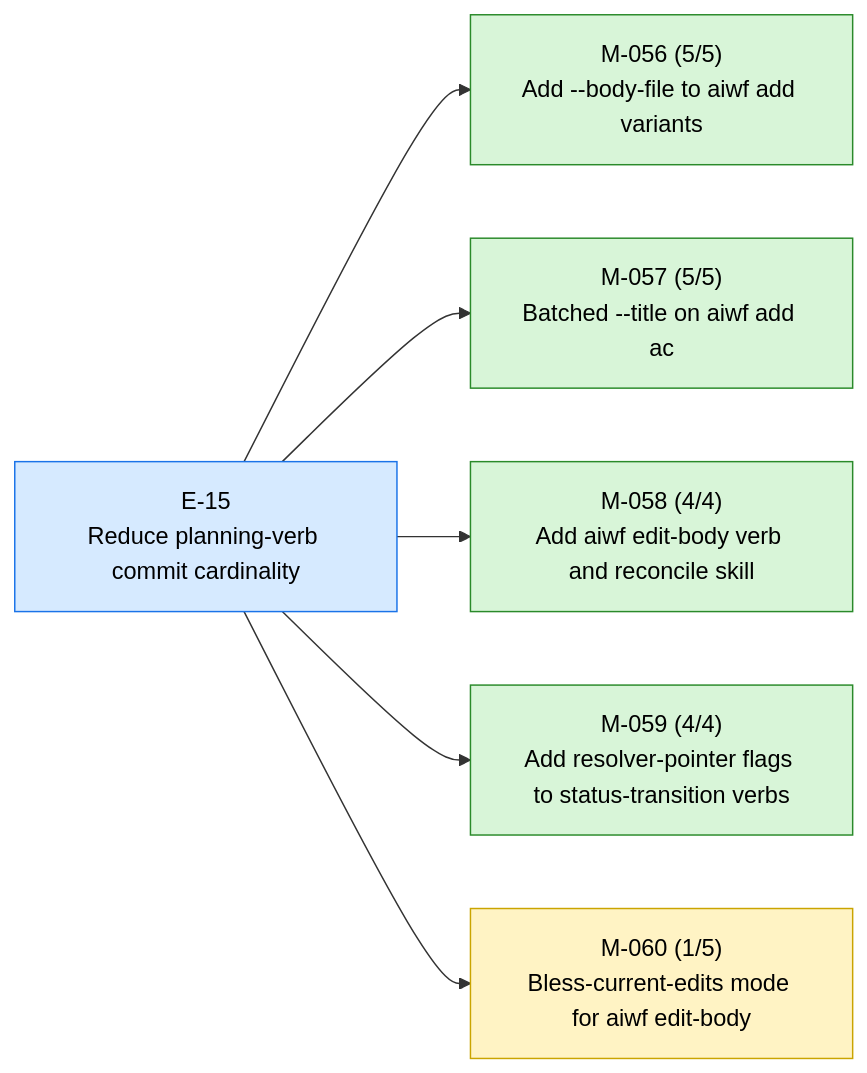
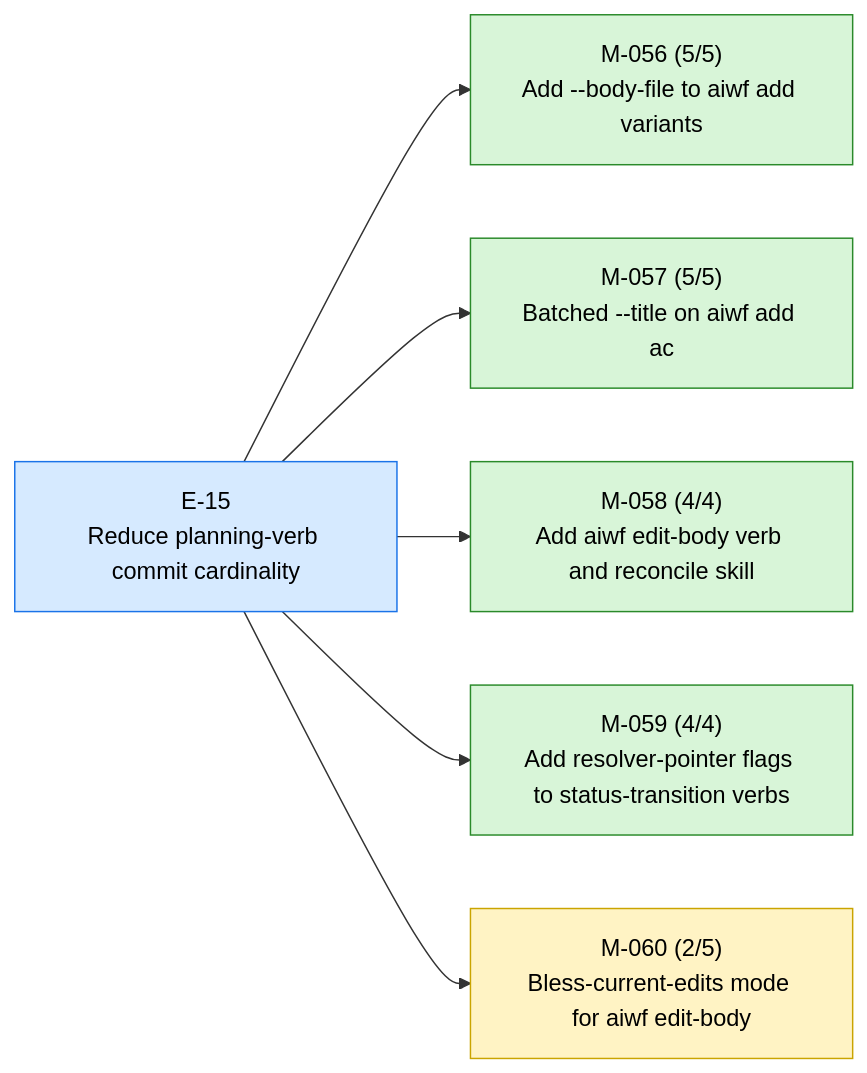
Before and after one commit to 23min/aiwf: the first of 3 diagrams in STATUS.md, drawn with Mermaid. The commit also changed other lines of this file and 1 other file, not shown here.

First line of the commit message:
aiwf promote M-060/AC-2 open -> met

````diff
--- a/STATUS.md
+++ b/STATUS.md
@@ -15,20 +15,20 @@
 ```mermaid
 flowchart LR
   E_15["E-15<br/>Reduce planning-verb commit cardinality"]:::epic_active
   M_056["M-056 (5/5)<br/>Add --body-file to aiwf add variants"]:::ms_done
   E_15 --> M_056
   M_057["M-057 (5/5)<br/>Batched --title on aiwf add ac"]:::ms_done
   E_15 --> M_057
   M_058["M-058 (4/4)<br/>Add aiwf edit-body verb and reconcile skill"]:::ms_done
   E_15 --> M_058
   M_059["M-059 (4/4)<br/>Add resolver-pointer flags to status-transition verbs"]:::ms_done
   E_15 --> M_059
-  M_060["M-060 (1/5)<br/>Bless-current-edits mode for aiwf edit-body"]:::ms_in_progress
+  M_060["M-060 (2/5)<br/>Bless-current-edits mode for aiwf edit-body"]:::ms_in_progress
   E_15 --> M_060
   classDef epic_active fill:#d6eaff,stroke:#1a73e8,color:#000
   classDef epic_proposed fill:#f4f4f4,stroke:#888,color:#000
   classDef ms_done fill:#d8f5d8,stroke:#2a8a2a,color:#000
   classDef ms_in_progress fill:#fff3c4,stroke:#caa400,color:#000
   classDef ms_draft fill:#f4f4f4,stroke:#888,color:#000
   classDef ms_cancelled fill:#fbeaea,stroke:#c33,color:#000
 ```
````
